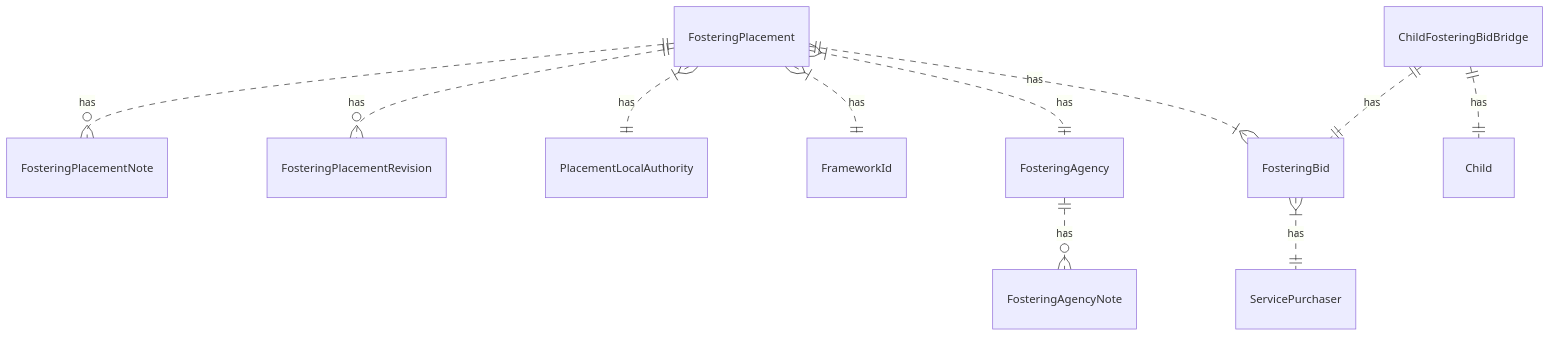
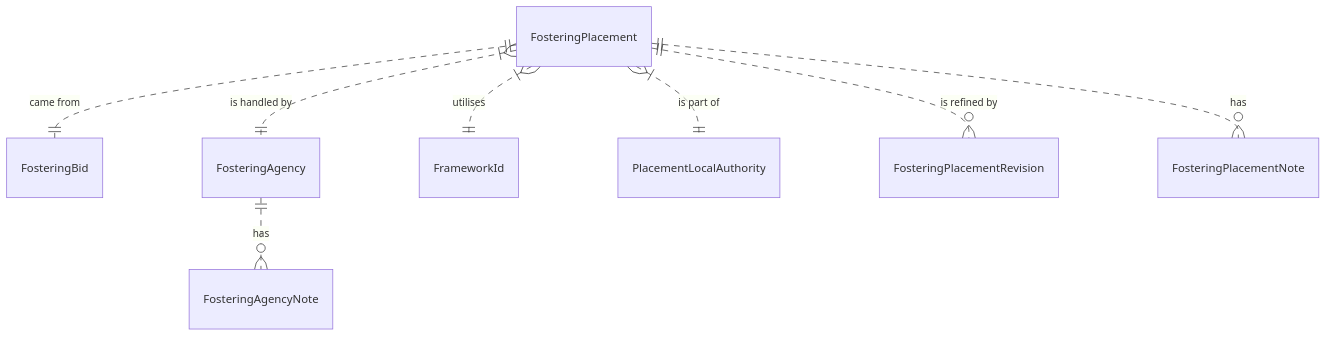
One commit to placementdatacollaboration/cpp_data_model changed the sixth of 8 diagrams in README.md. Above: the diagram before and after it, drawn with Mermaid. The commit also changed other lines of this file, not shown here.

Commit message:
Updated relationships, and connective language in diagrams

````diff
--- a/README.md
+++ b/README.md
@@ -59,13 +70,10 @@
 ```mermaid
 erDiagram  
-    FosteringPlacement ||..|{ FosteringBid : has
-    FosteringPlacement }|..|| FosteringAgency : has
-    FosteringPlacement }|..|| FrameworkId : has
-    FosteringPlacement }|..|| PlacementLocalAuthority : has
-    FosteringPlacement ||..o{ FosteringPlacementRevision : has
-    FosteringPlacement ||..o{ FosteringPlacementNote : has
-    FosteringBid }|..|| ServicePurchaser : has
-    ChildFosteringBidBridge ||..|| Child : has
-    ChildFosteringBidBridge ||..|| FosteringBid : has 
-    FosteringAgency ||..o{ FosteringAgencyNote : has
+    FosteringPlacement ||..|| FosteringBid : "came from"
+    FosteringPlacement }|..|| FosteringAgency : "is handled by"
+    FosteringPlacement }|..|| FrameworkId : "utilises"
+    FosteringPlacement }|..|| PlacementLocalAuthority : "is part of"
+    FosteringPlacement ||..o{ FosteringPlacementRevision : "is refined by"
+    FosteringPlacement ||..o{ FosteringPlacementNote : "has"
+    FosteringAgency ||..o{ FosteringAgencyNote : "has"
 ```
````
